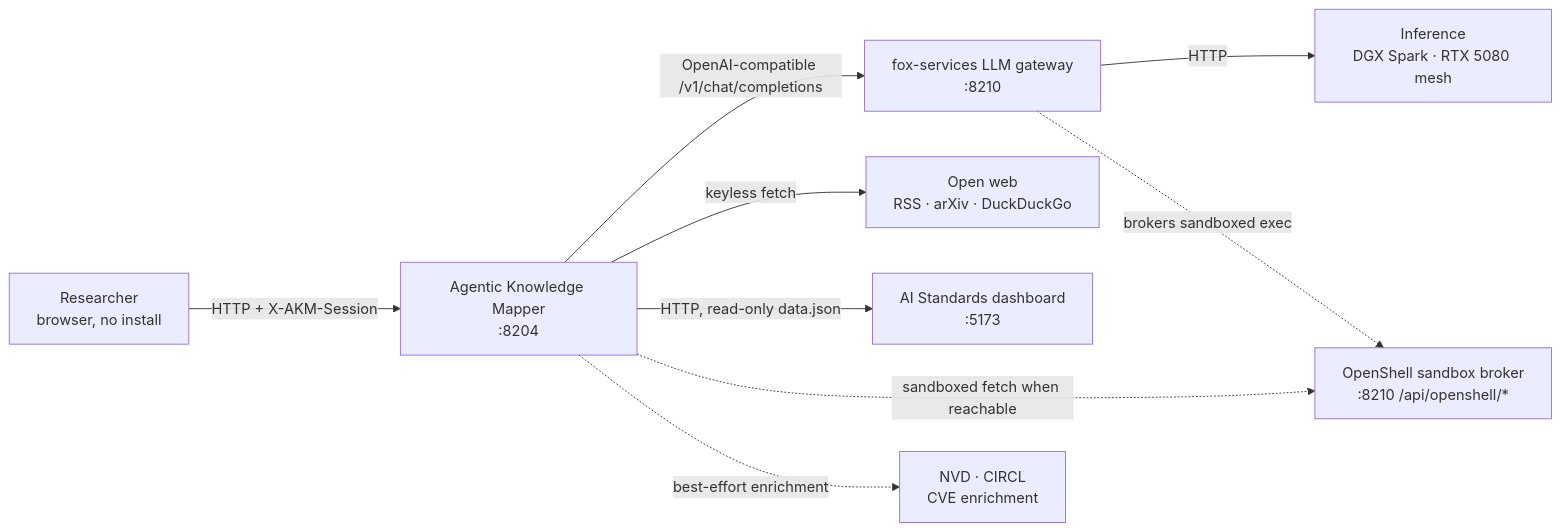
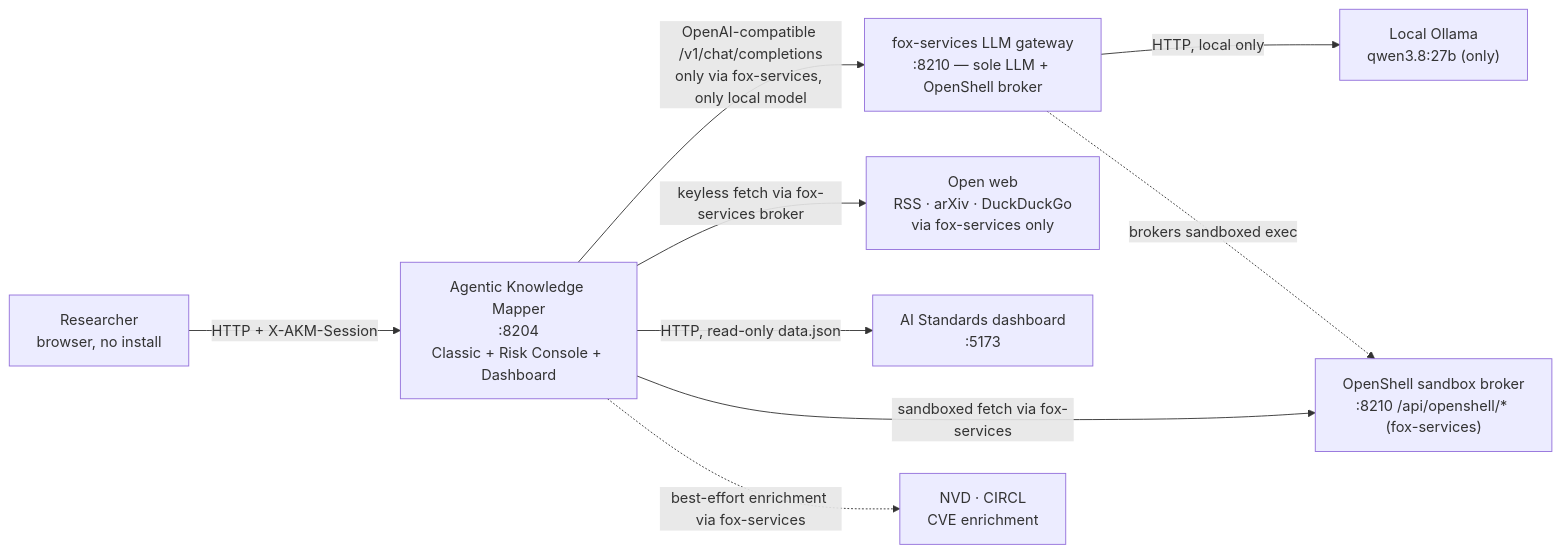
One commit to harishgovardhandamodar/agentic-knowledge-mapper changed the first of 5 diagrams in design/01-system-context.md. Above: the diagram before and after it, drawn with Mermaid. The commit also changed other lines of this file and 6 other files, not shown here.

First line of the commit message:
Docs/UML + Fox core toggle + switchable core docs

````diff
--- a/design/01-system-context.md
+++ b/design/01-system-context.md
@@ -11,20 +11,20 @@
 ```mermaid
 flowchart LR
     R["Researcher<br/>browser, no install"]
-    AKM["Agentic Knowledge Mapper<br/>:8204"]
-    GW["fox-services LLM gateway<br/>:8210"]
-    INF["Inference<br/>DGX Spark · RTX 5080 mesh"]
-    WEB["Open web<br/>RSS · arXiv · DuckDuckGo"]
+    AKM["Agentic Knowledge Mapper<br/>:8204<br/>Classic + Risk Console + Dashboard"]
+    GW["fox-services LLM gateway<br/>:8210 — sole LLM + OpenShell broker"]
+    INF["Local Ollama<br/>qwen3.8:27b (only)"]
+    WEB["Open web<br/>RSS · arXiv · DuckDuckGo<br/>via fox-services only"]
     SD["AI Standards dashboard<br/>:5173"]
-    OS["OpenShell sandbox broker<br/>:8210 /api/openshell/*"]
+    OS["OpenShell sandbox broker<br/>:8210 /api/openshell/* (fox-services)"]
     NVD["NVD · CIRCL<br/>CVE enrichment"]
     R -->|"HTTP + X-AKM-Session"| AKM
-    AKM -->|"OpenAI-compatible /v1/chat/completions"| GW
-    GW -->|"HTTP"| INF
-    AKM -->|"keyless fetch"| WEB
+    AKM -->|"OpenAI-compatible /v1/chat/completions<br/>only via fox-services, only local model"| GW
+    GW -->|"HTTP, local only"| INF
+    AKM -->|"keyless fetch via fox-services broker"| WEB
     AKM -->|"HTTP, read-only data.json"| SD
-    AKM -.->|"sandboxed fetch when reachable"| OS
-    AKM -.->|"best-effort enrichment"| NVD
+    AKM -->|"sandboxed fetch via fox-services"| OS
+    AKM -.->|"best-effort enrichment via fox-services"| NVD
     GW -.->|"brokers sandboxed exec"| OS
 
 ```
````
